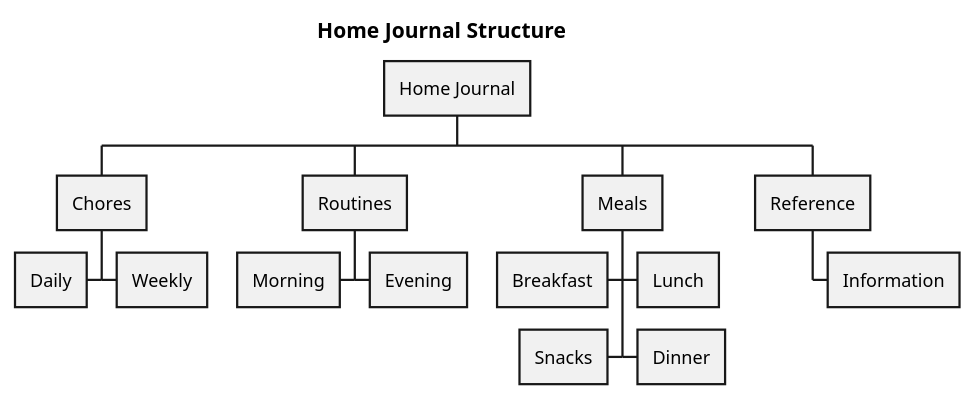
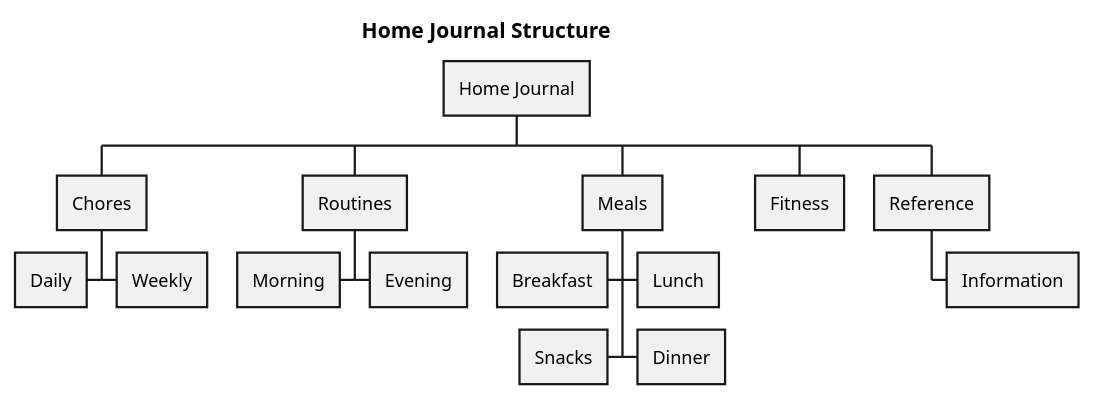
Before and after one commit to KerryCX/HomeandFamilyJournal: the diagram in README.md, drawn with PlantUML. The commit also changed 2 other files, not shown here.

Commit message:
updates to the categories of the home page

````diff
--- a/README.md
+++ b/README.md
@@ -8,21 +8,22 @@
 ```plantuml
 
 @startwbs
 title Home Journal Structure
 
 * Home Journal
 ** Chores
 *** Weekly
 ***< Daily
 ** Routines
 ***< Morning
 *** Evening
 ** Meals
 ***< Breakfast
 ***< Snacks
 *** Lunch
 *** Dinner
+** Fitness
 ** Reference
 *** Information
 @endwbs
 ```
````
